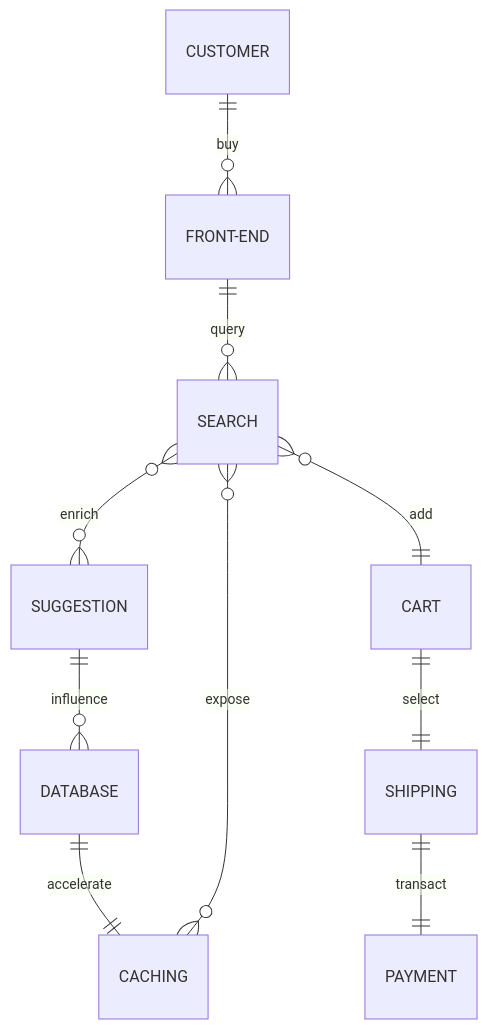
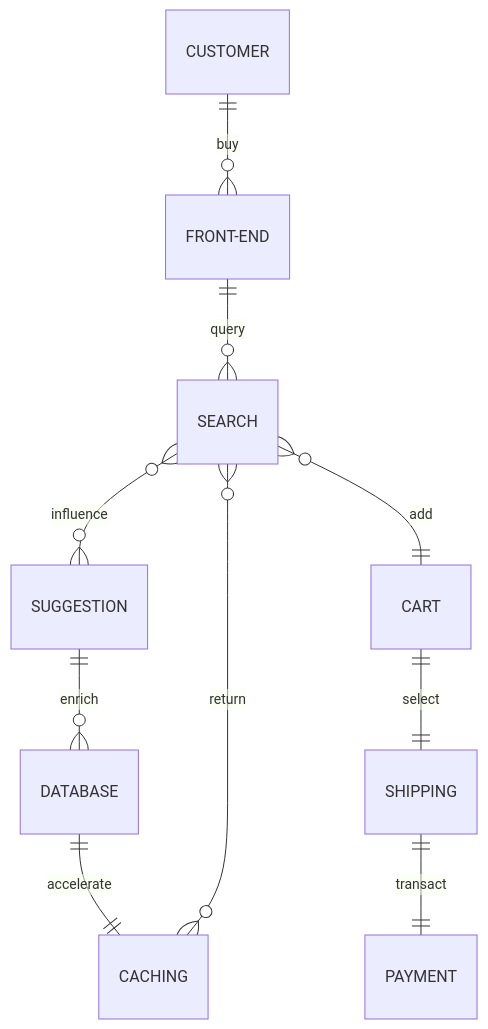
The second of 2 diagrams in docs/concepts.md (beezy-cloud/project-pancake), drawn with Mermaid before and after one commit.

````diff
--- a/docs/concepts.md
+++ b/docs/concepts.md
@@ -62,12 +62,12 @@
 ```mermaid
    erDiagram
    CUSTOMER ||--o{ FRONT-END : buy
    FRONT-END ||--o{ SEARCH : query
-   SEARCH }o--o{ SUGGESTION: enrich
-   SUGGESTION ||--o{ DATABASE : influence
+   SEARCH }o--o{ SUGGESTION: influence
+   SUGGESTION ||--o{ DATABASE : enrich
    DATABASE ||--|| CACHING: accelerate
-   CACHING }o--o{ SEARCH: expose
+   CACHING }o--o{ SEARCH: return
    SEARCH }o--|| CART : add
    CART ||--|| SHIPPING : select
    SHIPPING ||--|| PAYMENT : transact
 ```
````
